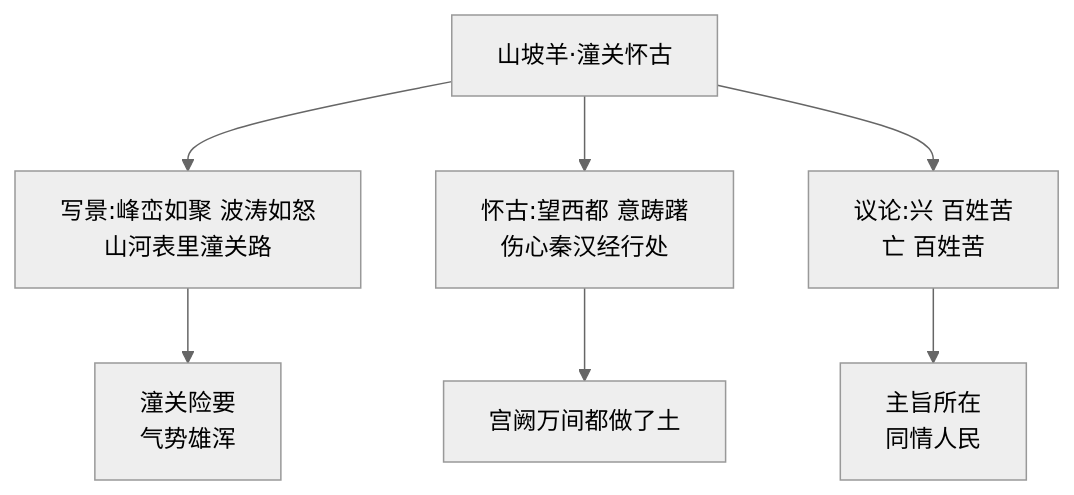
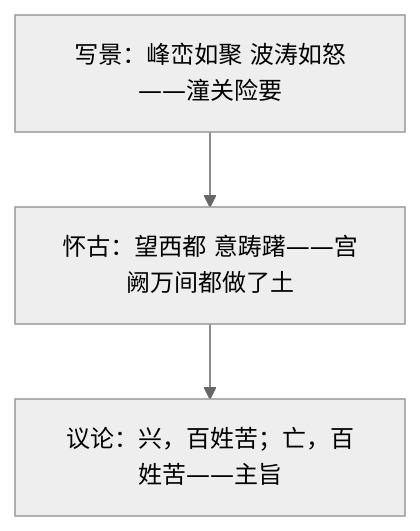
One commit to moirakk/beijing-study-portal changed the fifth of 5 diagrams in content/chinese/grade9-1/ch6/t5/note.md. Above: the diagram before and after it, drawn with Mermaid (neutral theme). The commit also changed other lines of this file and 30 other files, not shown here.

````diff
--- a/content/chinese/grade9-1/ch6/t5/note.md
+++ b/content/chinese/grade9-1/ch6/t5/note.md
@@ -87,9 +67,5 @@
 ```mermaid
 flowchart TD
-    A[山坡羊·潼关怀古] --> B[写景:峰峦如聚 波涛如怒<br/>山河表里潼关路]
-    B --> C[潼关险要<br/>气势雄浑]
-    A --> D[怀古:望西都 意踌躇<br/>伤心秦汉经行处]
-    D --> E[宫阙万间都做了土]
-    A --> F[议论:兴 百姓苦<br/>亡 百姓苦]
-    F --> G[主旨所在<br/>同情人民]
+    A[写景：峰峦如聚 波涛如怒——潼关险要] --> B[怀古：望西都 意踌躇——宫阙万间都做了土]
+    B --> C["议论：兴，百姓苦；亡，百姓苦——主旨"]
 ```
````
